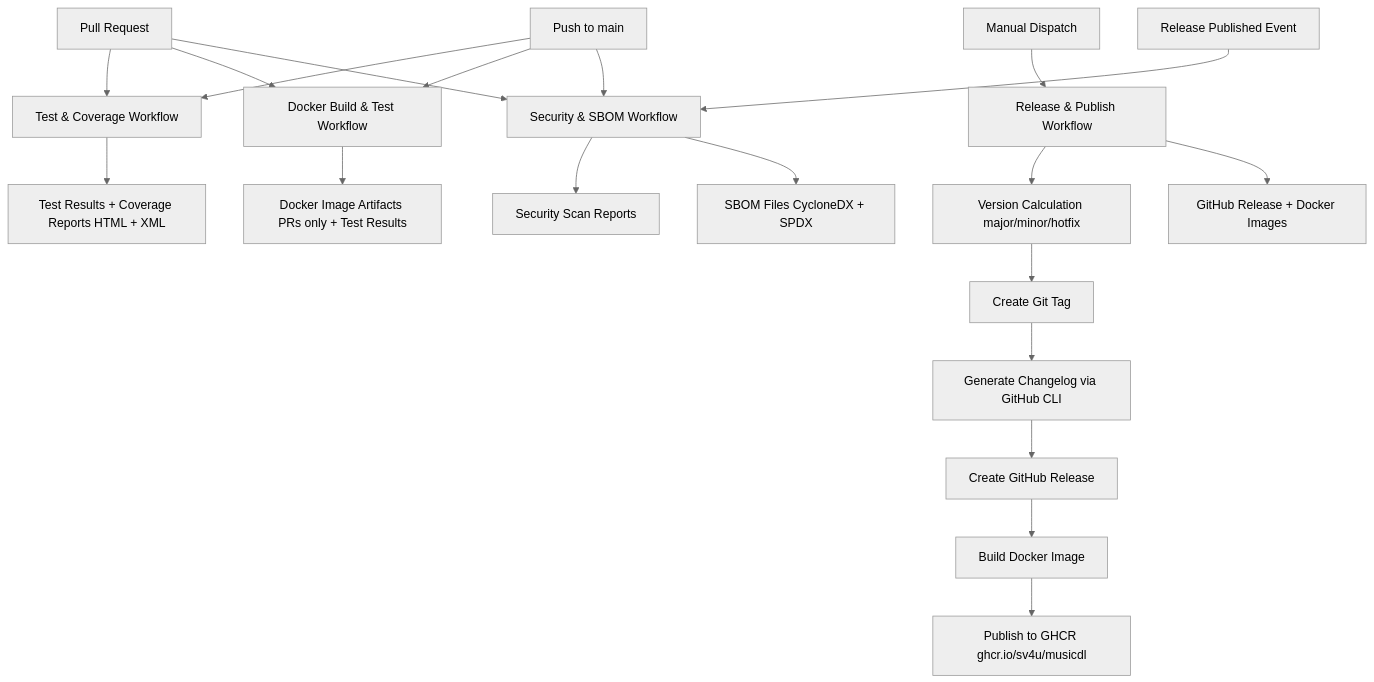
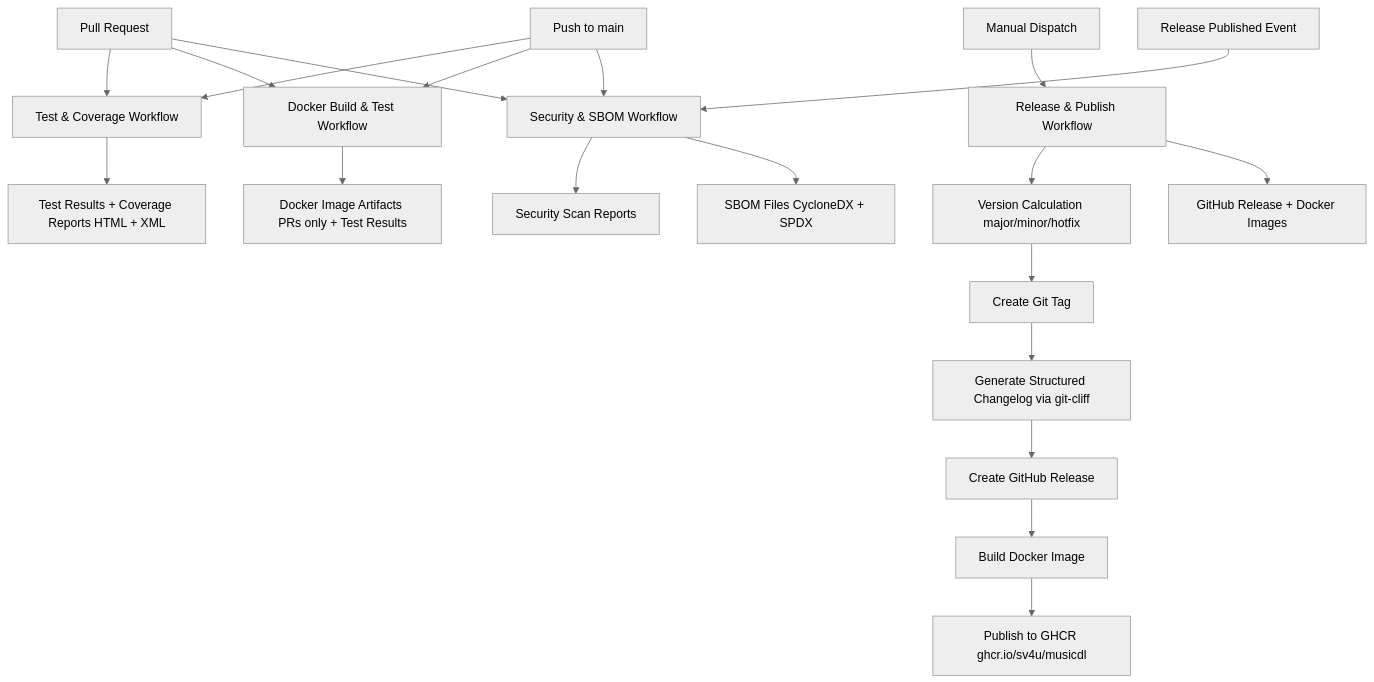
The second of 2 diagrams in README.md (sv4u/musicdl), drawn with Mermaid (neutral theme) before and after one commit. The commit also changed other lines of this file and 4 other files, not shown here.

First line of the commit message:
feat(infrastructure): implement Docker slim image and structured changelog generation

````diff
--- a/README.md
+++ b/README.md
@@ -525,26 +529,26 @@
 ```mermaid
 flowchart TD
     PR["Pull Request"] --> TestCoverageWorkflow["Test & Coverage Workflow"]
     PR --> DockerBuildTestWorkflow["Docker Build & Test Workflow"]
     PR --> SecuritySBOMWorkflow["Security & SBOM Workflow"]
     
     PushMain["Push to main"] --> TestCoverageWorkflow
     PushMain --> DockerBuildTestWorkflow
     PushMain --> SecuritySBOMWorkflow
     
     ManualDispatch["Manual Dispatch"] --> ReleasePublishWorkflow["Release & Publish Workflow"]
     ReleasePublishWorkflow --> VersionCalc["Version Calculation major/minor/hotfix"]
     VersionCalc --> TagCreation["Create Git Tag"]
-    TagCreation --> ChangelogGen["Generate Changelog via GitHub CLI"]
+    TagCreation --> ChangelogGen["Generate Structured Changelog via git-cliff"]
     ChangelogGen --> ReleaseCreate["Create GitHub Release"]
     ReleaseCreate --> DockerBuild["Build Docker Image"]
     DockerBuild --> GHCRPublish["Publish to GHCR ghcr.io/sv4u/musicdl"]
     
     ReleaseEvent["Release Published Event"] --> SecuritySBOMWorkflow
     
     TestCoverageWorkflow --> TestResults["Test Results + Coverage Reports HTML + XML"]
     DockerBuildTestWorkflow --> DockerArtifacts["Docker Image Artifacts PRs only + Test Results"]
     SecuritySBOMWorkflow --> SecurityReports["Security Scan Reports"]
     SecuritySBOMWorkflow --> SBOMFiles["SBOM Files CycloneDX + SPDX"]
     ReleasePublishWorkflow --> ReleaseArtifacts["GitHub Release + Docker Images"]
 ```
````
